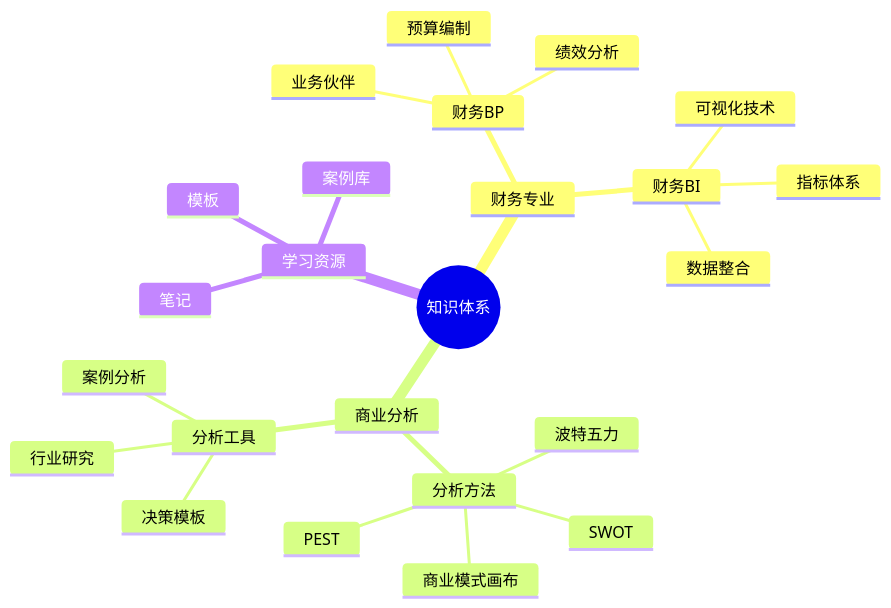
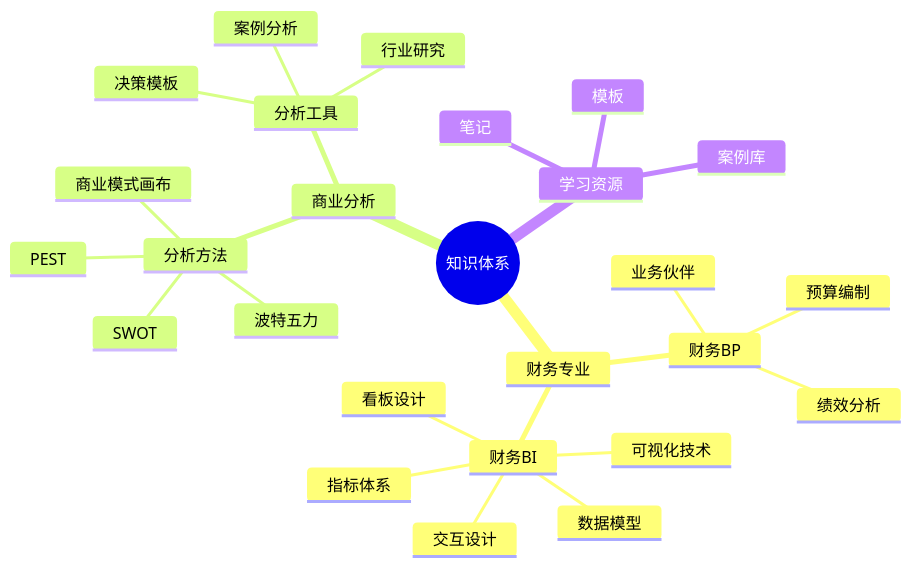
The diagram in src/site/notes/知识共享/首页.md (amcoimg/my-digital-garden), drawn with Mermaid before and after one commit. The commit also changed other lines of this file and 7 other files, not shown here.

````diff
--- a/src/site/notes/知识共享/首页.md
+++ b/src/site/notes/知识共享/首页.md
@@ -53,27 +53,29 @@
 ```mermaid
 mindmap
   root((知识体系))
     财务专业
       财务BP
         业务伙伴
         预算编制
         绩效分析
       财务BI
         指标体系
         可视化技术
-        数据整合
+        数据模型
+        看板设计
+        交互设计
     商业分析
       分析方法
         SWOT
         PEST
         波特五力
         商业模式画布
       分析工具
         决策模板
         案例分析
         行业研究
     学习资源
       笔记
       模板
       案例库
 ```
````
